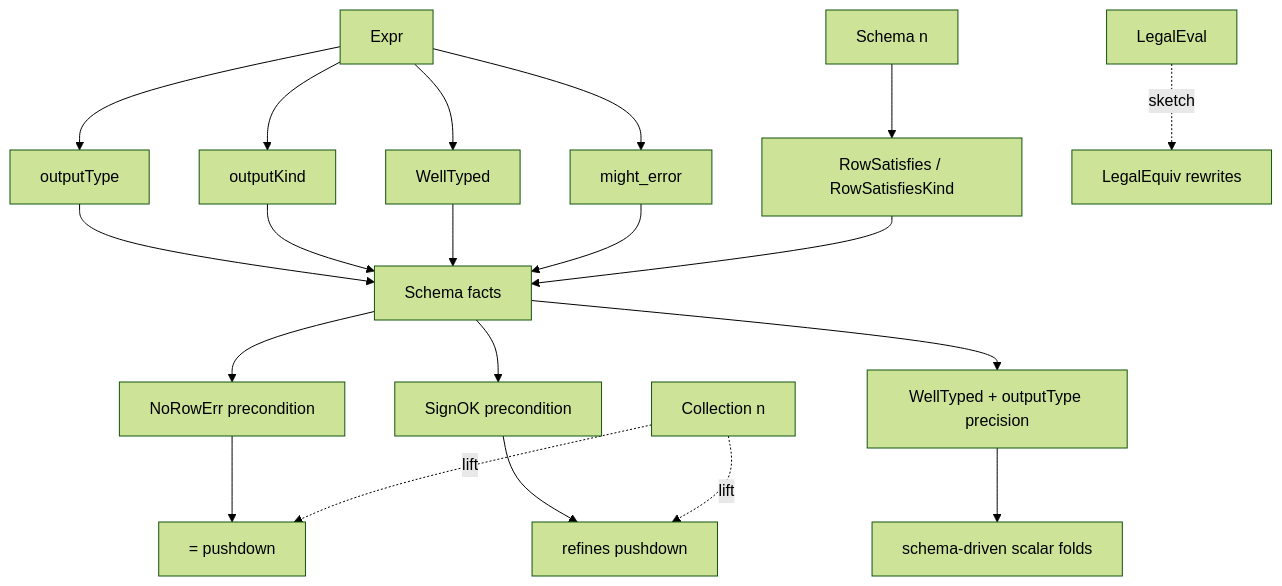
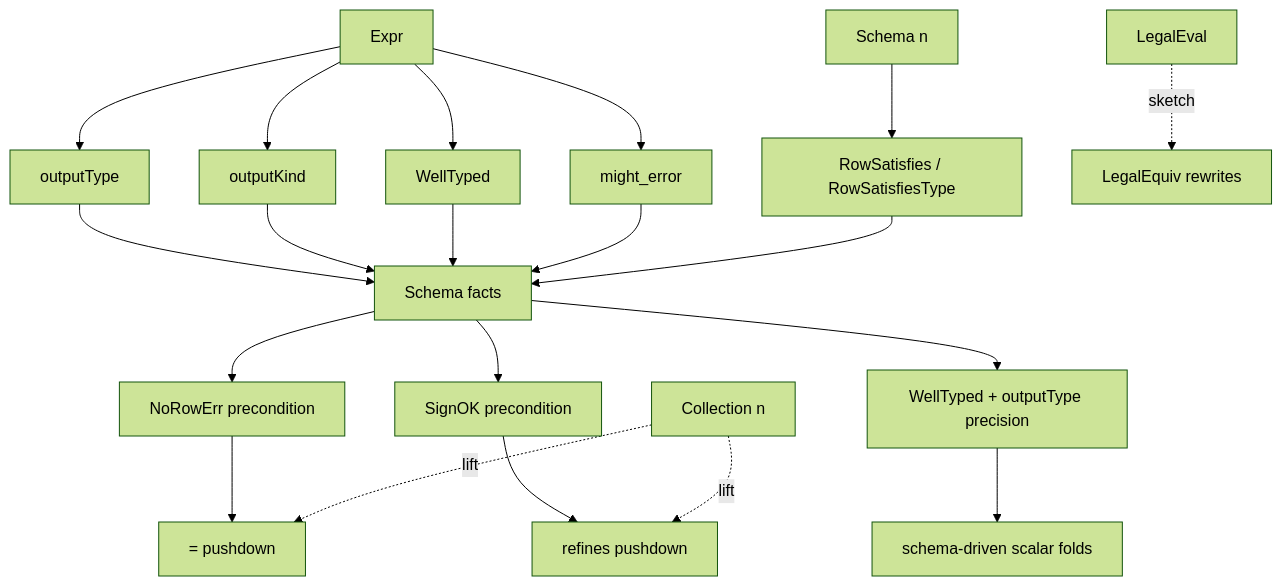
One commit to MaterializeInc/materialize changed the diagram in doc/developer/semantics/model.md. Above: the diagram before and after it, drawn with Mermaid (forest theme). The commit also changed other lines of this file and 3 other files, not shown here.

First line of the commit message:
doc/semantics: rename ColKind → ColType (T1 of GADT migration)

````diff
--- a/doc/developer/semantics/model.md
+++ b/doc/developer/semantics/model.md
@@ -59,22 +59,22 @@
 ```mermaid
 flowchart TD
   E[Expr] --> OT[outputType]
   E --> OK[outputKind]
   E --> WT[WellTyped]
   E --> ME[might_error]
-  S[Schema n] --> RS[RowSatisfies / RowSatisfiesKind]
+  S[Schema n] --> RS[RowSatisfies / RowSatisfiesType]
   OT --> SF[Schema facts]
   OK --> SF
   WT --> SF
   ME --> SF
   RS --> SF
   SF --> P1[NoRowErr precondition]
   SF --> P2[SignOK precondition]
   SF --> P3[WellTyped + outputType precision]
   P1 --> R1[= pushdown]
   P2 --> R2[refines pushdown]
   P3 --> R3[schema-driven scalar folds]
   C[Collection n] -.lift.-> R1
   C -.lift.-> R2
   L[LegalEval] -.sketch.-> R4[LegalEquiv rewrites]
 ```
````
